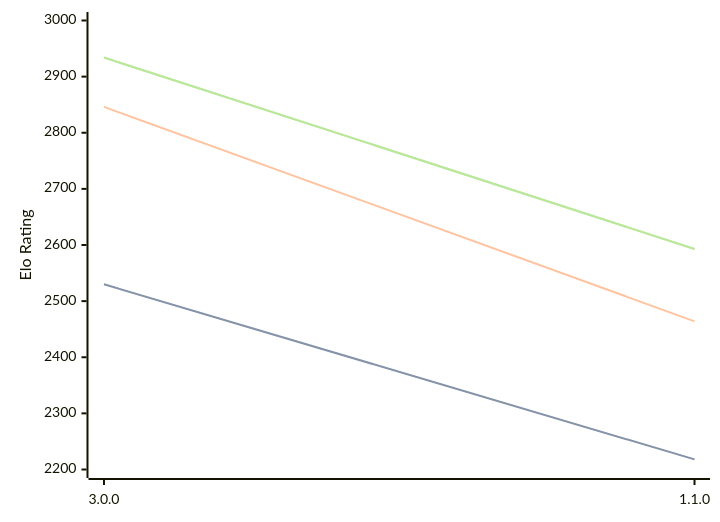
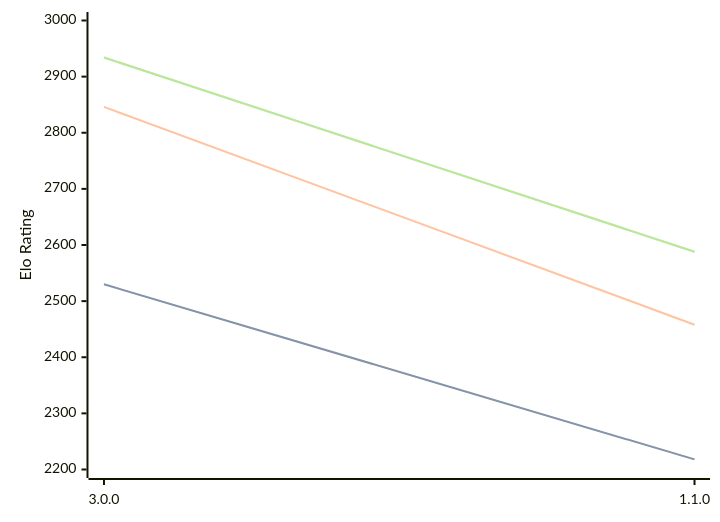
The diagram in engines/Potential.md (computer-chess-index/cci), drawn with Mermaid before and after one commit. The commit also changed other lines of this file, not shown here.

Commit message:
Update CCI Ratings (ELO VLTC) - 2026-05-22

````diff
--- a/engines/Potential.md
+++ b/engines/Potential.md
@@ -34,11 +34,11 @@
 ```mermaid
 %%{init: {"theme":"base","themeVariables":{"seriesColors:['#a3a3a3','#222221','#faa371']}}}%%
 xychart-beta
   x-axis ["3.0.0", "1.1.0"]
   y-axis "Elo Rating" 2200 --> 3000
   line "STC (8.0+0.08s)" [2530, 2218]
   line "STC (8.0+0.08s)" [2530, 2218]
-  line "LTC (60.0+0.60s)" [2846, 2464]
-  line "VLTC (2m24s+1.12s)" [2934, 2593]
-  line "VLTC (2m24s+1.12s)" [2934, 2593]
+  line "LTC (60.0+0.60s)" [2846, 2458]
+  line "VLTC (2m24s+1.12s)" [2934, 2588]
+  line "VLTC (2m24s+1.12s)" [2934, 2588]
 ```
````
